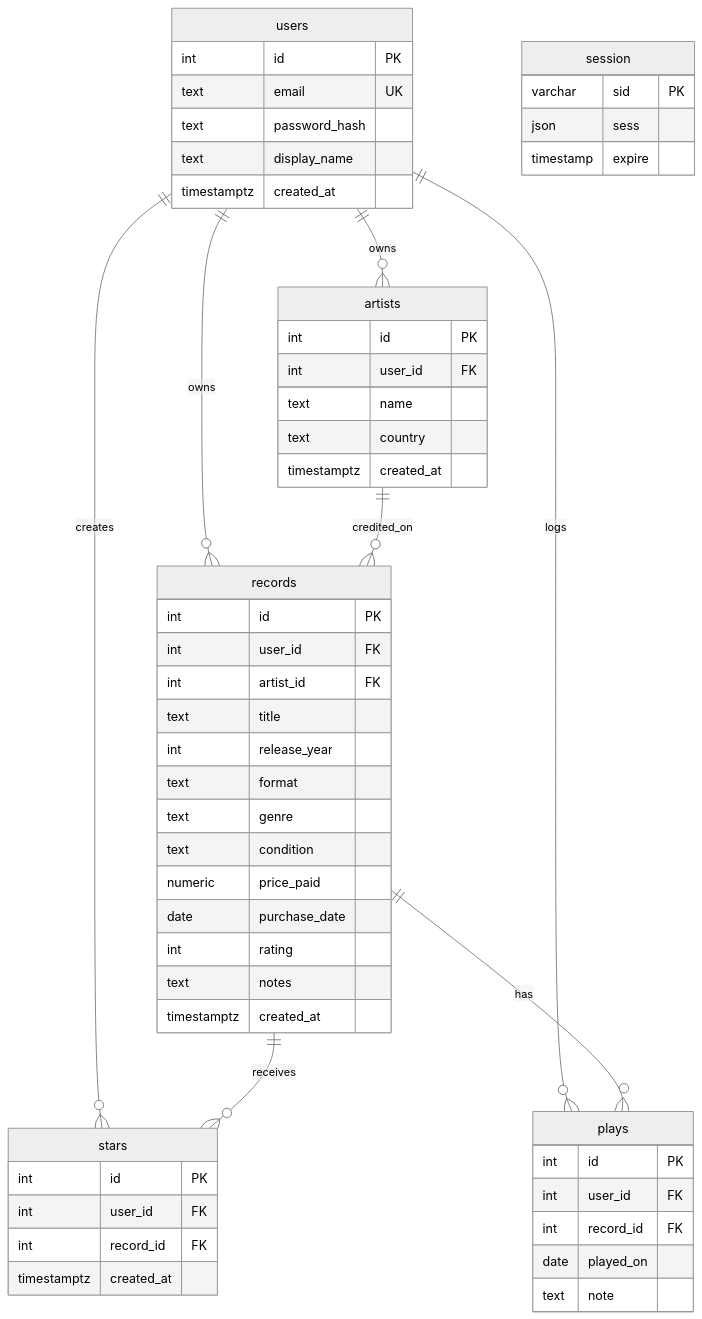
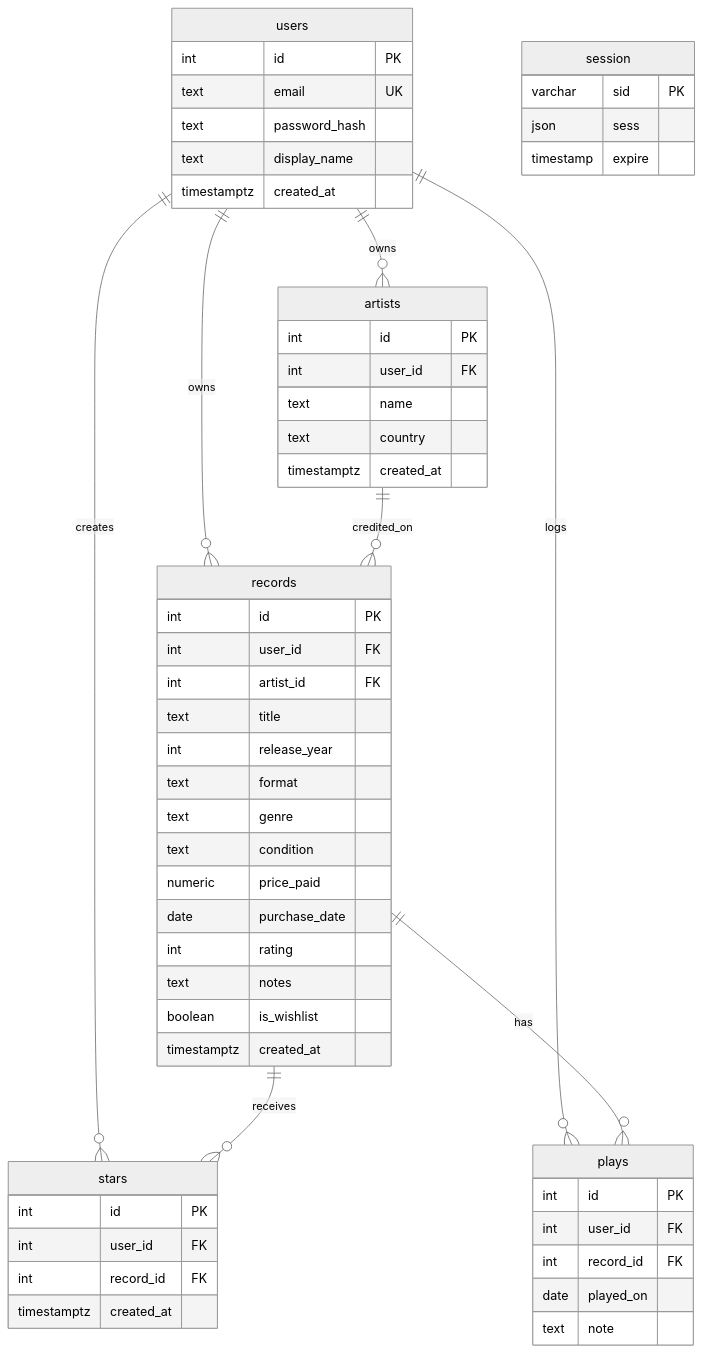
The diagram in schema.md (charlesgao721/crate), drawn with Mermaid (neutral theme) before and after one commit. The commit also changed other lines of this file, not shown here.

Commit message:
Add records.is_wishlist to schema.md

````diff
--- a/schema.md
+++ b/schema.md
@@ -94,58 +95,59 @@
 ```mermaid
 erDiagram
     users ||--o{ artists : owns
     users ||--o{ records : owns
     artists ||--o{ records : credited_on
     users ||--o{ stars : creates
     records ||--o{ stars : receives
     users ||--o{ plays : logs
     records ||--o{ plays : has
 
     users {
         int id PK
         text email UK
         text password_hash
         text display_name
         timestamptz created_at
     }
     artists {
         int id PK
         int user_id FK
         text name
         text country
         timestamptz created_at
     }
     records {
         int id PK
         int user_id FK
         int artist_id FK
         text title
         int release_year
         text format
         text genre
         text condition
         numeric price_paid
         date purchase_date
         int rating
         text notes
+        boolean is_wishlist
         timestamptz created_at
     }
     stars {
         int id PK
         int user_id FK
         int record_id FK
         timestamptz created_at
     }
     plays {
         int id PK
         int user_id FK
         int record_id FK
         date played_on
         text note
     }
     session {
         varchar sid PK
         json sess
         timestamp expire
     }
 ```
````
